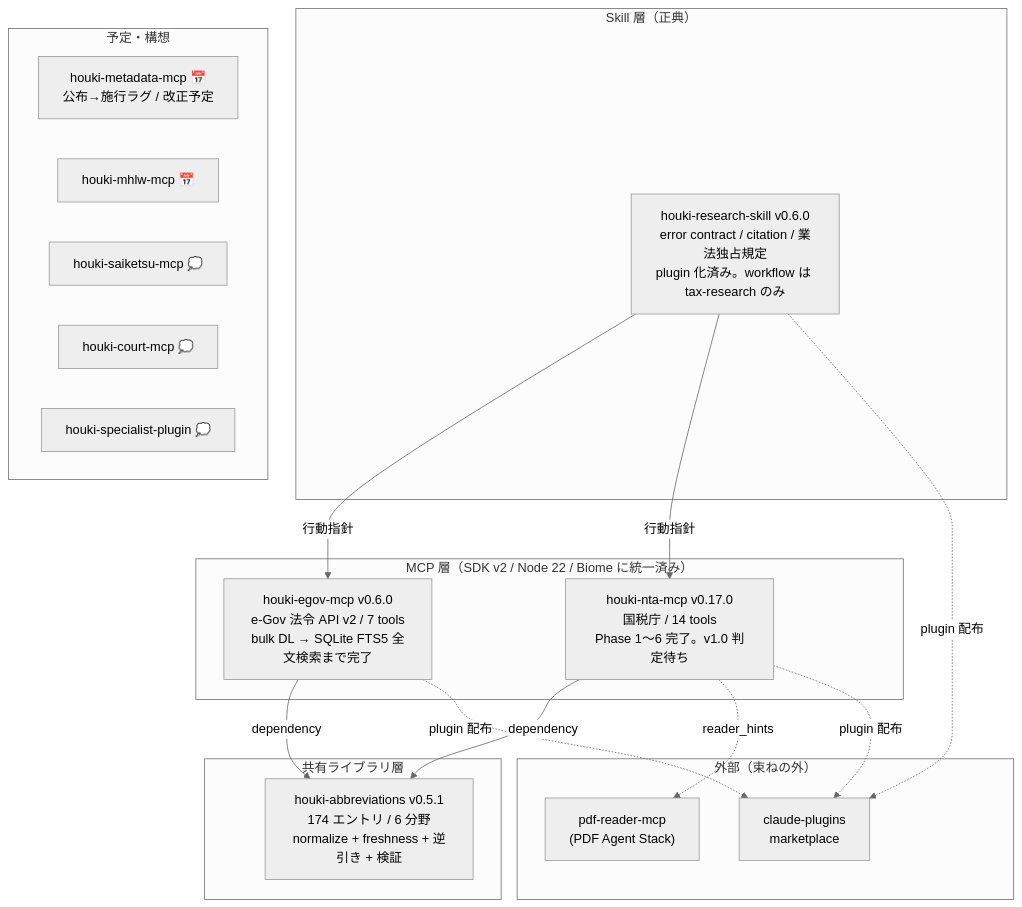
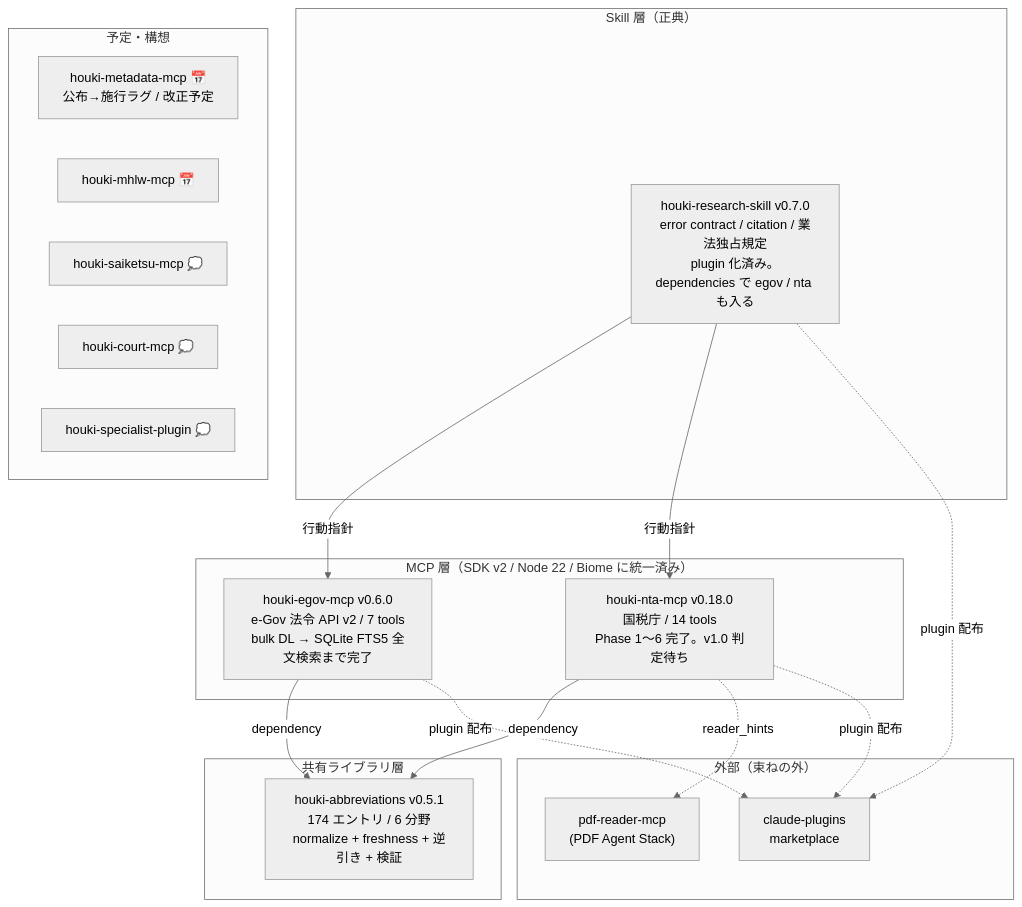
One commit to shuji-bonji/houki-hub changed the diagram in docs/ROADMAP.md. Above: the diagram before and after it, drawn with Mermaid (neutral theme). The commit also changed other lines of this file and 8 other files, not shown here.

First line of the commit message:
docs: houki-nta-mcp v0.18.0（#35 --quickstart）と houki-research v0.7.0 に追随

````diff
--- a/docs/ROADMAP.md
+++ b/docs/ROADMAP.md
@@ -8,28 +8,28 @@
 ```mermaid
 graph TB
     subgraph Skill層["Skill 層（正典）"]
-        SKILL["houki-research-skill v0.6.0<br/>error contract / citation / 業法独占規定<br/>plugin 化済み。workflow は tax-research のみ"]
+        SKILL["houki-research-skill v0.7.0<br/>error contract / citation / 業法独占規定<br/>plugin 化済み。dependencies で egov / nta も入る"]
     end
     subgraph MCP層["MCP 層（SDK v2 / Node 22 / Biome に統一済み）"]
         EGOV["houki-egov-mcp v0.6.0<br/>e-Gov 法令 API v2 / 7 tools<br/>bulk DL → SQLite FTS5 全文検索まで完了"]
-        NTA["houki-nta-mcp v0.17.0<br/>国税庁 / 14 tools<br/>Phase 1〜6 完了。v1.0 判定待ち"]
+        NTA["houki-nta-mcp v0.18.0<br/>国税庁 / 14 tools<br/>Phase 1〜6 完了。v1.0 判定待ち"]
     end
     subgraph 共有層["共有ライブラリ層"]
         ABBR["houki-abbreviations v0.5.1<br/>174 エントリ / 6 分野<br/>normalize + freshness + 逆引き + 検証"]
     end
     subgraph 外部["外部（束ねの外）"]
         PDF["pdf-reader-mcp<br/>(PDF Agent Stack)"]
         PLUGINS["claude-plugins<br/>marketplace"]
     end
     SKILL -->|行動指針| EGOV & NTA
     EGOV & NTA -->|dependency| ABBR
     NTA -.->|reader_hints| PDF
     EGOV & NTA & SKILL -.->|plugin 配布| PLUGINS
     subgraph 将来["予定・構想"]
         META["houki-metadata-mcp 📅<br/>公布→施行ラグ / 改正予定"]
         MHLW["houki-mhlw-mcp 📅"]
         SAIKETSU["houki-saiketsu-mcp 💭"]
         COURT["houki-court-mcp 💭"]
         AGENT["houki-specialist-plugin 💭"]
     end
 ```
````
